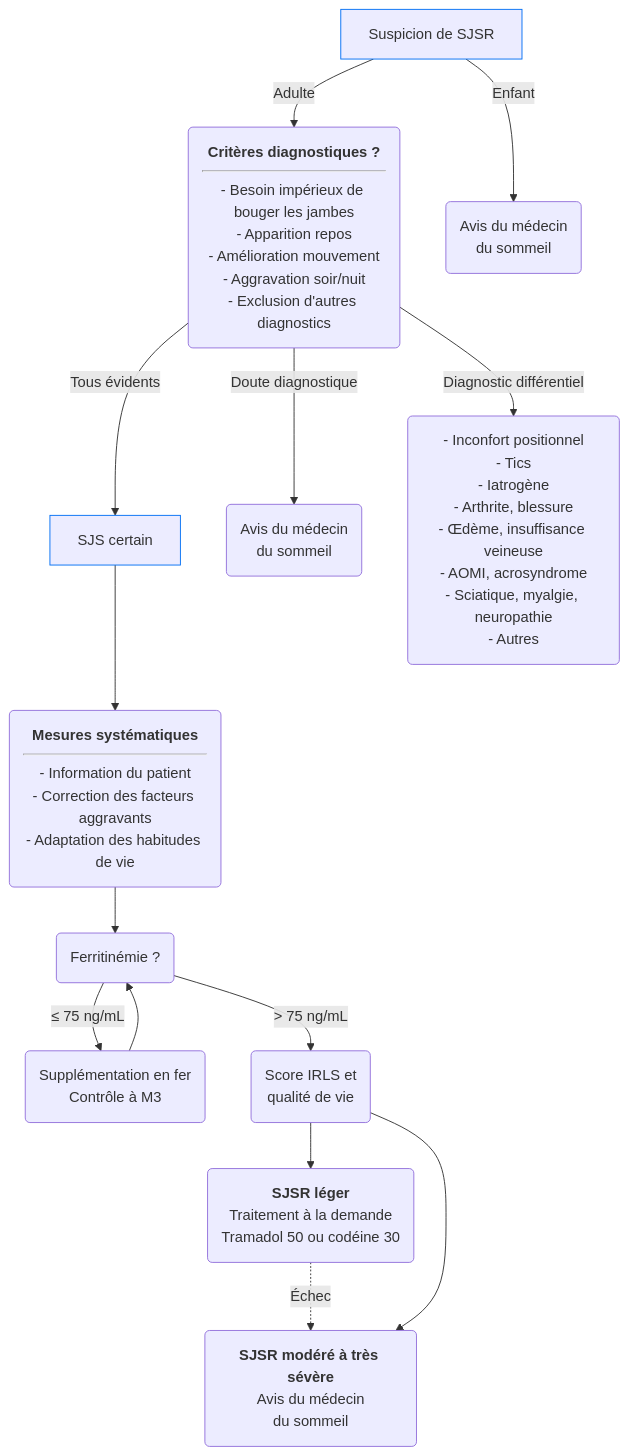
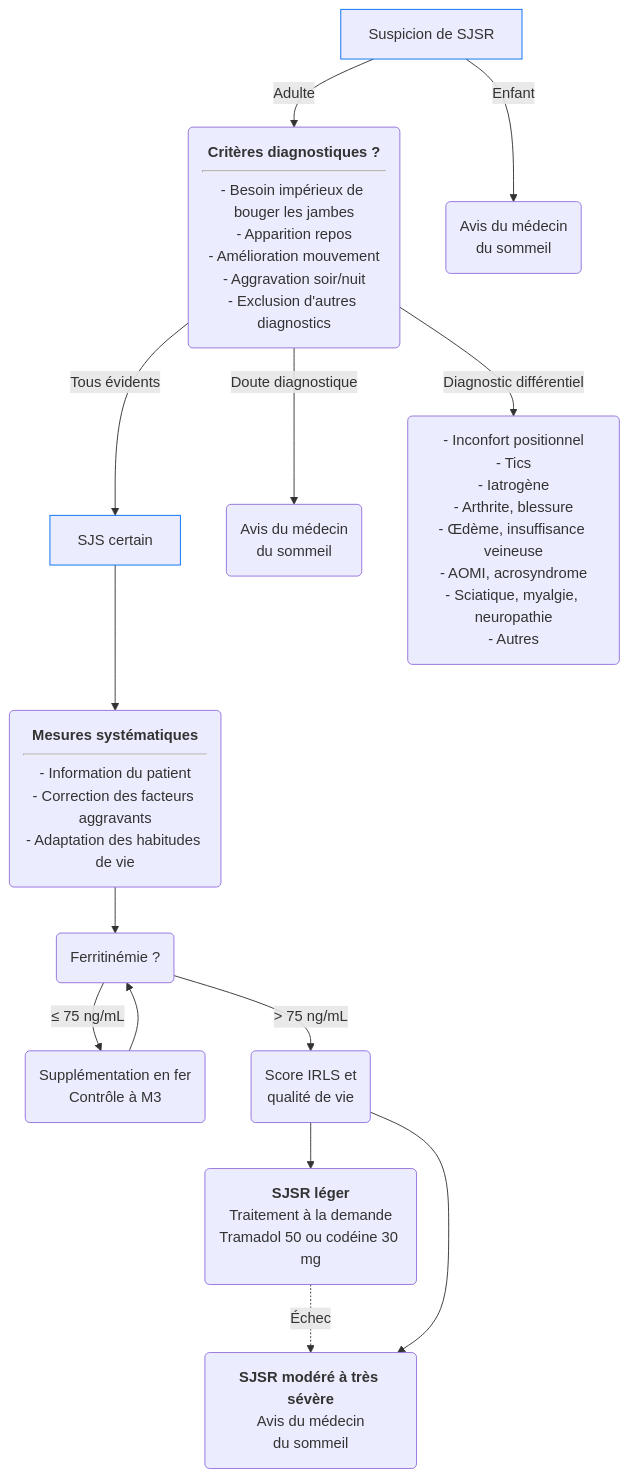
One commit to djibe/recommandations-medicales changed the diagram in content/recommandations/syndrome-jambes-sans-repos.md. Above: the diagram before and after it, drawn with Mermaid. The commit also changed other lines of this file and 10 other files, not shown here.

```diff
--- a/content/recommandations/syndrome-jambes-sans-repos.md
+++ b/content/recommandations/syndrome-jambes-sans-repos.md
@@ -414,20 +416,20 @@
 {{< mermaid title="Conduite à tenir devant une suspicion de syndrome des jambes sans repos. Dr JB FRON d'après SFRMS 2019" >}}
 graph TB
   suspSJSR[Suspicion de SJSR]
   style suspSJSR stroke:#006ef4, stroke-width:1px
     suspSJSR -- Adulte --> criteres("<b>Critères diagnostiques ?</b><hr>- Besoin impérieux de bouger les jambes<br>- Apparition repos<br>- Amélioration mouvement<br>- Aggravation soir/nuit<br>- Exclusion d'autres diagnostics")
       criteres -- Tous évidents --> SJSR[SJS certain]
       criteres -- Doute diagnostique --> avis3(Avis du médecin<br>du sommeil)
       style SJSR stroke:#006ef4, stroke-width:1px
         SJSR --> RHD("<b>Mesures systématiques</b><hr>- Information du patient<br>- Correction des facteurs aggravants<br>- Adaptation des habitudes de vie")
           RHD --> ferritine(Ferritinémie ?)
             ferritine -- "&le; 75 ng/mL" --> correction(Supplémentation en fer<br>Contrôle à M3)
               correction --> ferritine
             ferritine -- "&gt; 75 ng/mL" --> IRLS(Score IRLS et<br>qualité de vie)
-              IRLS --> leger(<b>SJSR léger</b><br>Traitement à la demande<br>Tramadol 50 ou codéine 30)
+              IRLS --> leger(<b>SJSR léger</b><br>Traitement à la demande<br>Tramadol 50 ou codéine 30 mg)
                 leger -. Échec .-> avis2
               IRLS --> avis2(<b>SJSR modéré à très sévère</b><br>Avis du médecin<br>du sommeil)
       criteres -- Diagnostic différentiel --> differentiel("- Inconfort positionnel<br>- Tics<br>- Iatrogène<br>- Arthrite, blessure<br>- Œdème, insuffisance veineuse<br>- AOMI, acrosyndrome<br>- Sciatique, myalgie, neuropathie<br>- Autres")
     suspSJSR -- Enfant --> avis1(Avis du médecin<br>du sommeil)
 
 {{< /mermaid >}}
```
